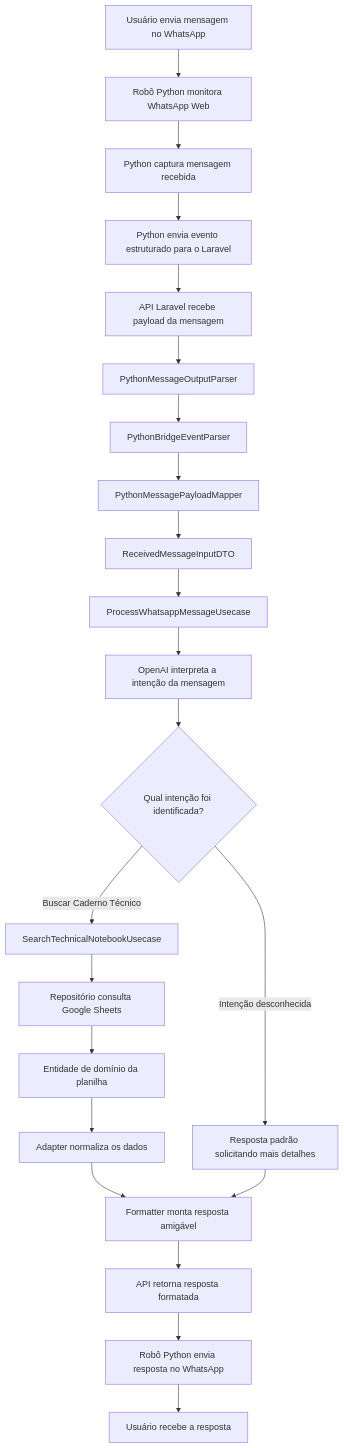
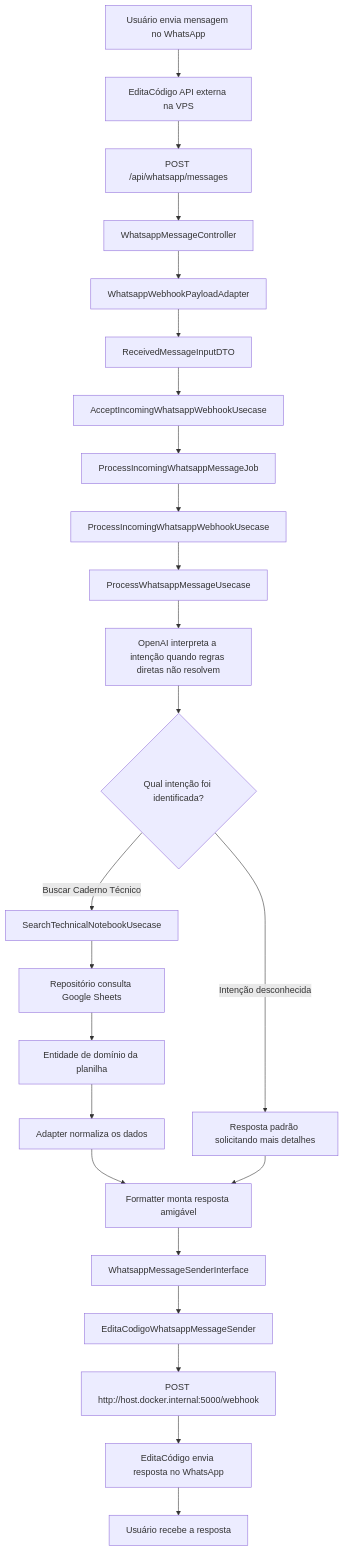
Before and after one commit to thiago-rosario/assistente-cotec-api: the diagram in README.md, drawn with Mermaid. The commit also changed other lines of this file and 34 other files, not shown here.

First line of the commit message:
feat: Implement WhatsApp message processing and sending functionality

````diff
--- a/README.md
+++ b/README.md
@@ -45,36 +48,35 @@
 ```mermaid
 flowchart TD
-    A[Usuário envia mensagem no WhatsApp] --> B[Robô Python monitora WhatsApp Web]
+    A[Usuário envia mensagem no WhatsApp] --> B[EditaCódigo API externa na VPS]
 
-    B --> C[Python captura mensagem recebida]
-    C --> D[Python envia evento estruturado para o Laravel]
+    B --> C[POST /api/whatsapp/messages]
+    C --> D[WhatsappMessageController]
+    D --> E[WhatsappWebhookPayloadAdapter]
+    E --> F[ReceivedMessageInputDTO]
+    F --> G[AcceptIncomingWhatsappWebhookUsecase]
+    G --> H[ProcessIncomingWhatsappMessageJob]
 
-    D --> E[API Laravel recebe payload da mensagem]
-
-    E --> F[PythonMessageOutputParser]
-    F --> G[PythonBridgeEventParser]
-    G --> H[PythonMessagePayloadMapper]
-
-    H --> I[ReceivedMessageInputDTO]
-
+    H --> I[ProcessIncomingWhatsappWebhookUsecase]
     I --> J[ProcessWhatsappMessageUsecase]
 
-    J --> K[OpenAI interpreta a intenção da mensagem]
+    J --> K[OpenAI interpreta a intenção quando regras diretas não resolvem]
 
     K --> L{Qual intenção foi identificada?}
 
     L -->|Buscar Caderno Técnico| M[SearchTechnicalNotebookUsecase]
     L -->|Intenção desconhecida| Q[Resposta padrão solicitando mais detalhes]
 
     M --> R[Repositório consulta Google Sheets]
 
     R --> S[Entidade de domínio da planilha]
     S --> T[Adapter normaliza os dados]
     T --> U[Formatter monta resposta amigável]
 
     Q --> U
 
-    U --> V[API retorna resposta formatada]
-    V --> W[Robô Python envia resposta no WhatsApp]
-    W --> X[Usuário recebe a resposta]
+    U --> V[WhatsappMessageSenderInterface]
+    V --> W[EditaCodigoWhatsappMessageSender]
+    W --> Y[POST http://host.docker.internal:5000/webhook]
+    Y --> Z[EditaCódigo envia resposta no WhatsApp]
+    Z --> X[Usuário recebe a resposta]
 ```
````
